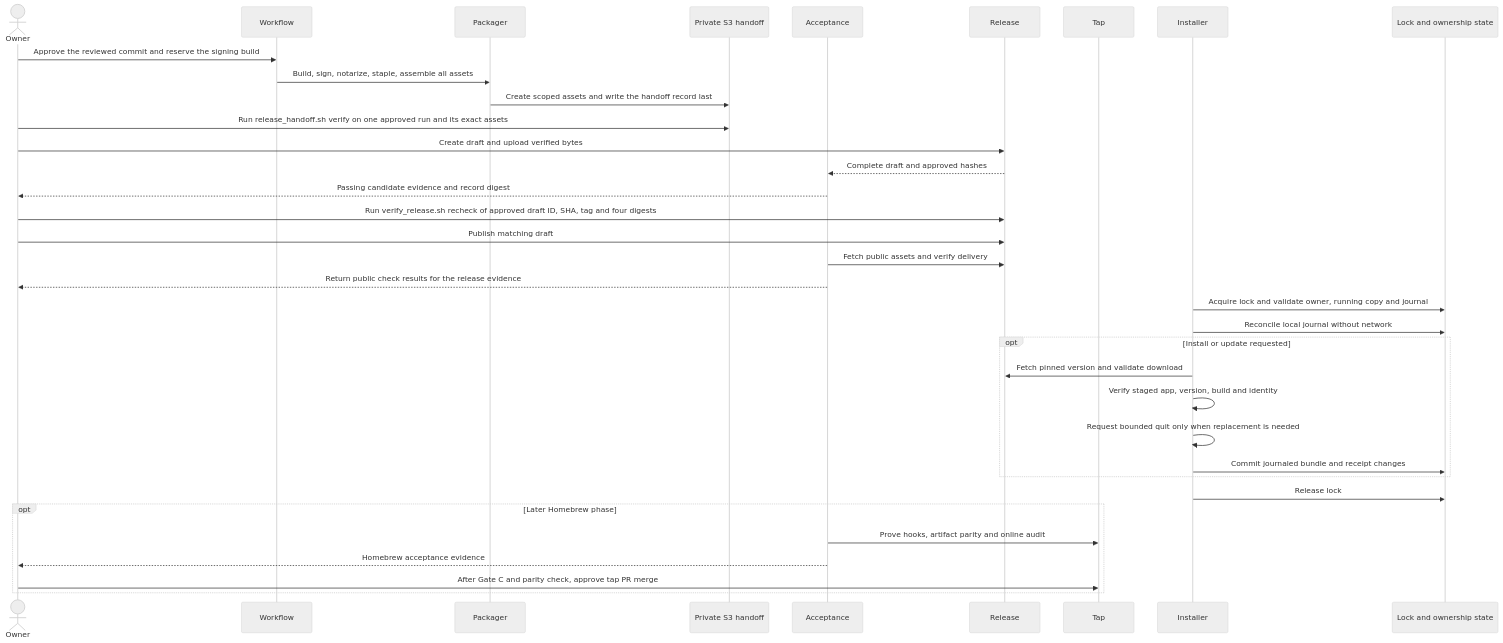
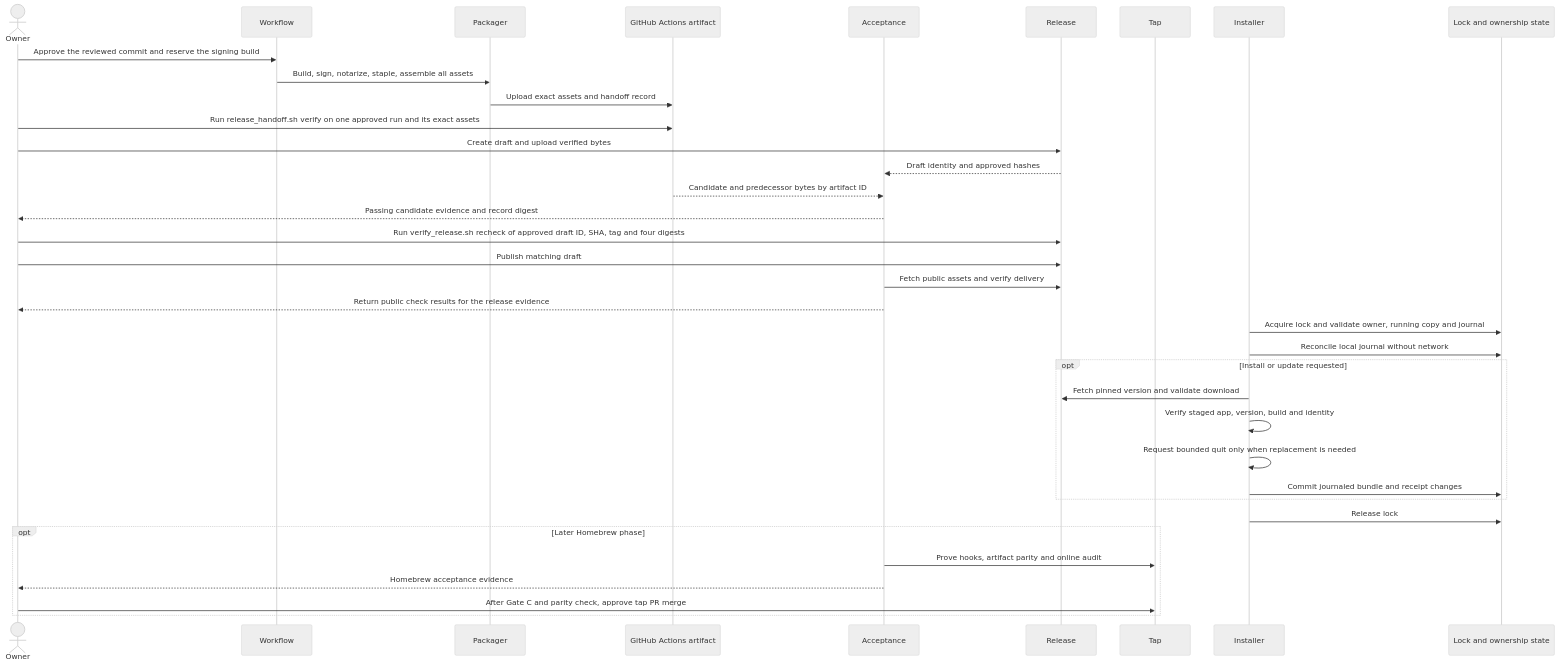
Before and after one commit to pipecat-ai/pipecat-service-toolbar: the second of 2 diagrams in docs/plans/20261117-feature-app-distribution.md, drawn with Mermaid (neutral theme). The commit also changed other lines of this file, not shown here.

Commit message:
docs: plan GitHub-only installer alpha

````diff
--- a/docs/plans/20261117-feature-app-distribution.md
+++ b/docs/plans/20261117-feature-app-distribution.md
@@ -991,37 +986,38 @@
 ```mermaid
 sequenceDiagram
     actor Owner
     participant Workflow
     participant Packager
-    participant Store as Private S3 handoff
+    participant Store as GitHub Actions artifact
     participant Acceptance
     participant Release
     participant Tap
     participant Installer
     participant State as Lock and ownership state
     Owner->>Workflow: Approve the reviewed commit and reserve the signing build
     Workflow->>Packager: Build, sign, notarize, staple, assemble all assets
-    Packager->>Store: Create scoped assets and write the handoff record last
+    Packager->>Store: Upload exact assets and handoff record
     Owner->>Store: Run release_handoff.sh verify on one approved run and its exact assets
     Owner->>Release: Create draft and upload verified bytes
-    Release-->>Acceptance: Complete draft and approved hashes
+    Release-->>Acceptance: Draft identity and approved hashes
+    Store-->>Acceptance: Candidate and predecessor bytes by artifact ID
     Acceptance-->>Owner: Passing candidate evidence and record digest
     Owner->>Release: Run verify_release.sh recheck of approved draft ID, SHA, tag and four digests
     Owner->>Release: Publish matching draft
     Acceptance->>Release: Fetch public assets and verify delivery
     Acceptance-->>Owner: Return public check results for the release evidence
     Installer->>State: Acquire lock and validate owner, running copy and journal
     Installer->>State: Reconcile local journal without network
     opt Install or update requested
         Installer->>Release: Fetch pinned version and validate download
         Installer->>Installer: Verify staged app, version, build and identity
         Installer->>Installer: Request bounded quit only when replacement is needed
         Installer->>State: Commit journaled bundle and receipt changes
     end
     Installer->>State: Release lock
     opt Later Homebrew phase
         Acceptance->>Tap: Prove hooks, artifact parity and online audit
         Acceptance-->>Owner: Homebrew acceptance evidence
         Owner->>Tap: After Gate C and parity check, approve tap PR merge
     end
 ```
````
